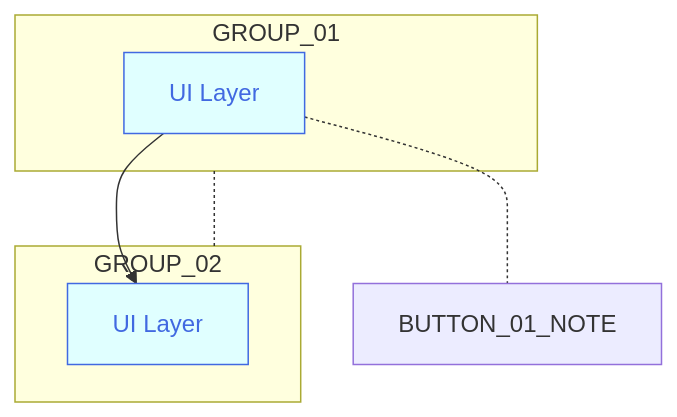
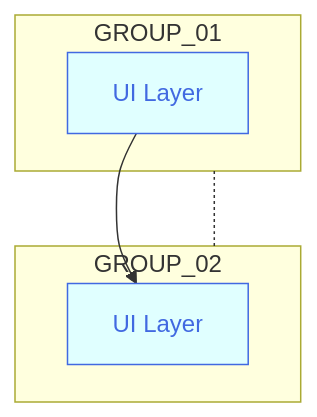
The diagram in buttons_mermaid_v5.md (joe-dorward/samples), drawn with Mermaid before and after one commit.

````diff
--- a/buttons_mermaid_v5.md
+++ b/buttons_mermaid_v5.md
@@ -3,38 +3,38 @@
 ```mermaid
   %%{
     init: {
       "flowchart": { "markdownAutoWrap":"false", "textWrap":"false", "wrappingWidth": "100%" }
     }
   }%%
   flowchart TD
 
   classDef Button fill:lightcyan, stroke:royalblue, color:royalblue;
   classDef Note fill:transparent, stroke-width:0px
   %% ---------- ---------- ---------- ---------- ---------- ---------- ---------- ---------- ---------- ----------
   subgraph GROUP_01
     %%direction LR
 
     BUTTON_01["UI Layer"]:::Button
     click BUTTON_01 "https://en.wikipedia.org/wiki/Main_Page" _blank
     %%BUTTON_01_NOTE["(Decoupled apps using Verso Design System)"]:::Note
 
     %%BUTTON_01~~~
     %%BUTTON_01_NOTE
   end
 
   subgraph GROUP_02
     %%direction TD
 
     BUTTON_02["UI Layer"]:::Button
     click BUTTON_02 "https://en.wikipedia.org/wiki/Main_Page" _blank
     %%BUTTON_02_NOTE["(Decoupled apps using Verso Design System)"]:::Note
 
     %%BUTTON_02~~~
     %%BUTTON_02_NOTE
   end
 
 GROUP_01-.-GROUP_02
 
 BUTTON_01-->BUTTON_02
-BUTTON_01-.-BUTTON_01_NOTE
+
 ```
````
